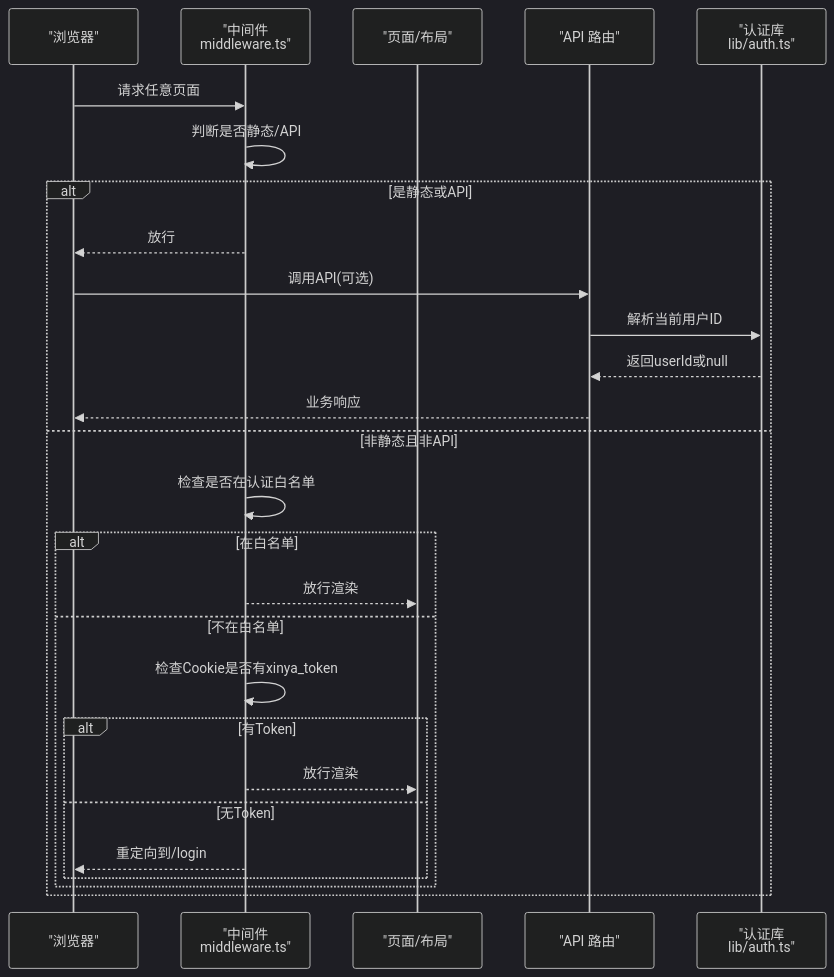
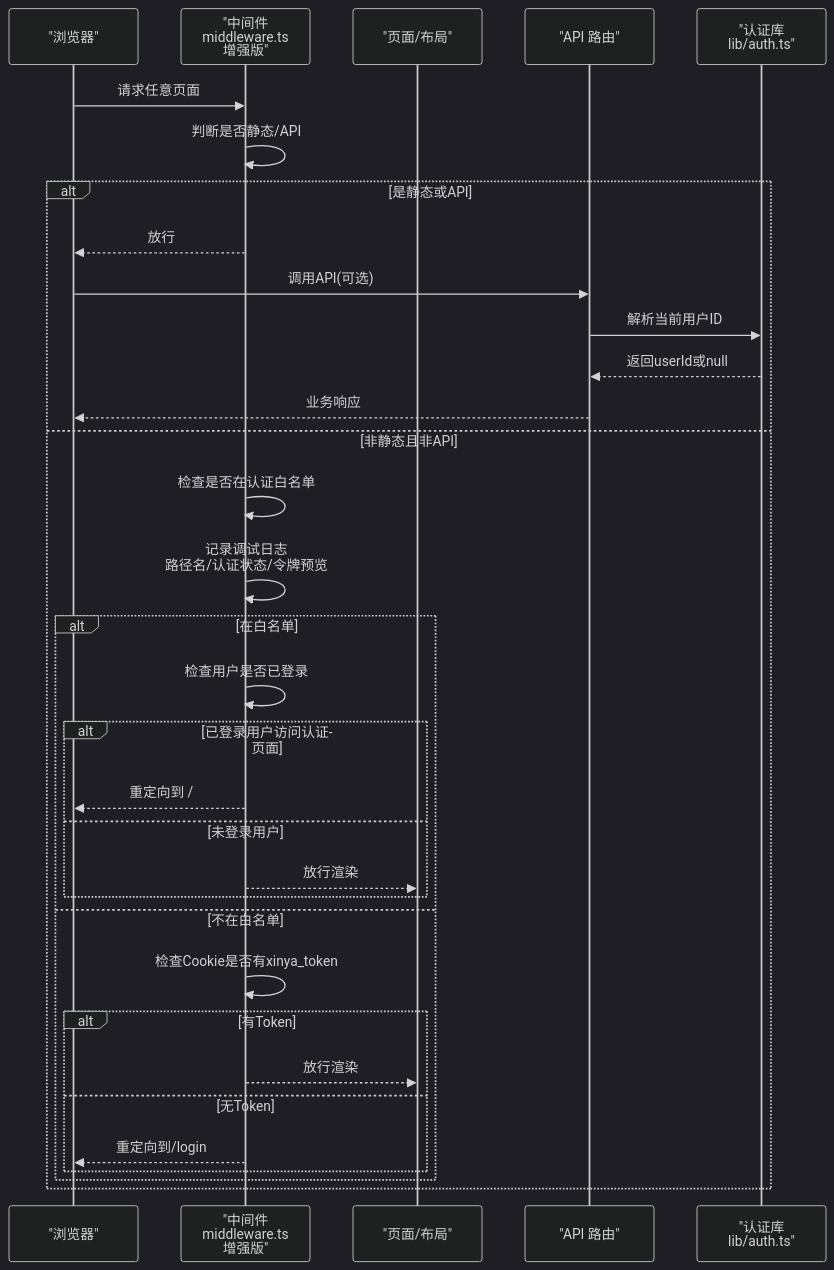
Before and after one commit to kangkang919/xinya: the second of 7 diagrams in .qoder/repowiki/zh/content/用户认证系统/认证中间件.md, drawn with Mermaid (dark theme). The commit also changed other lines of this file and 34 other files, not shown here.

````diff
--- a/.qoder/repowiki/zh/content/用户认证系统/认证中间件.md
+++ b/.qoder/repowiki/zh/content/用户认证系统/认证中间件.md
@@ -94,29 +106,35 @@
 ```mermaid
 sequenceDiagram
 participant B as "浏览器"
-participant M as "中间件<br/>middleware.ts"
+participant M as "中间件<br/>middleware.ts<br/>增强版"
 participant P as "页面/布局"
 participant A as "API 路由"
 participant L as "认证库<br/>lib/auth.ts"
 B->>M : 请求任意页面
 M->>M : 判断是否静态/API
 alt 是静态或API
 M-->>B : 放行
 B->>A : 调用API(可选)
 A->>L : 解析当前用户ID
 L-->>A : 返回userId或null
 A-->>B : 业务响应
 else 非静态且非API
 M->>M : 检查是否在认证白名单
+M->>M : 记录调试日志<br/>路径名/认证状态/令牌预览
 alt 在白名单
+M->>M : 检查用户是否已登录
+alt 已登录用户访问认证页面
+M-->>B : 重定向到 /
+else 未登录用户
 M-->>P : 放行渲染
+end
 else 不在白名单
 M->>M : 检查Cookie是否有xinya_token
 alt 有Token
 M-->>P : 放行渲染
 else 无Token
 M-->>B : 重定向到/login
 end
 end
 end
 ```
````
